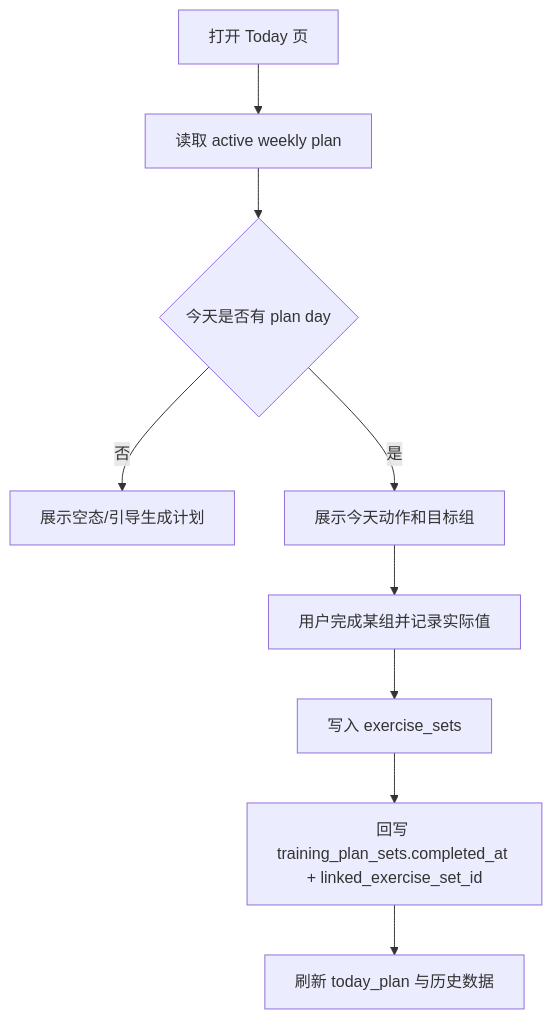
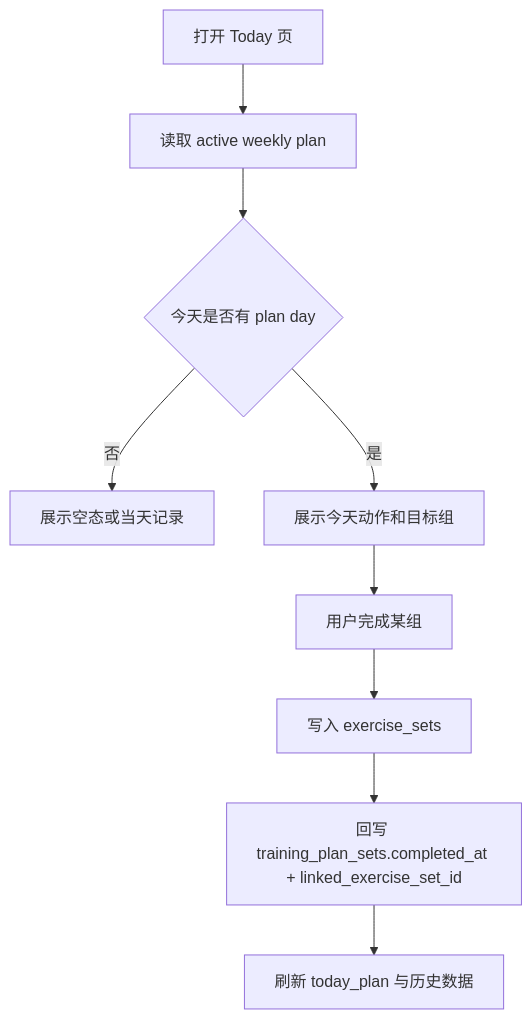
One commit to Paikchu/PeakLog changed the first of 3 diagrams in docs/architecture/business-flow.md. Above: the diagram before and after it, drawn with Mermaid. The commit also changed other lines of this file and 75 other files, not shown here.

````diff
--- a/docs/architecture/business-flow.md
+++ b/docs/architecture/business-flow.md
@@ -42,11 +15,11 @@
 ```mermaid
 flowchart TD
     A[打开 Today 页] --> B[读取 active weekly plan]
     B --> C{今天是否有 plan day}
-    C -- 否 --> D[展示空态/引导生成计划]
+    C -- 否 --> D[展示空态或当天记录]
     C -- 是 --> E[展示今天动作和目标组]
-    E --> F[用户完成某组并记录实际值]
+    E --> F[用户完成某组]
     F --> G[写入 exercise_sets]
     G --> H[回写 training_plan_sets.completed_at + linked_exercise_set_id]
     H --> I[刷新 today_plan 与历史数据]
 ```
````
